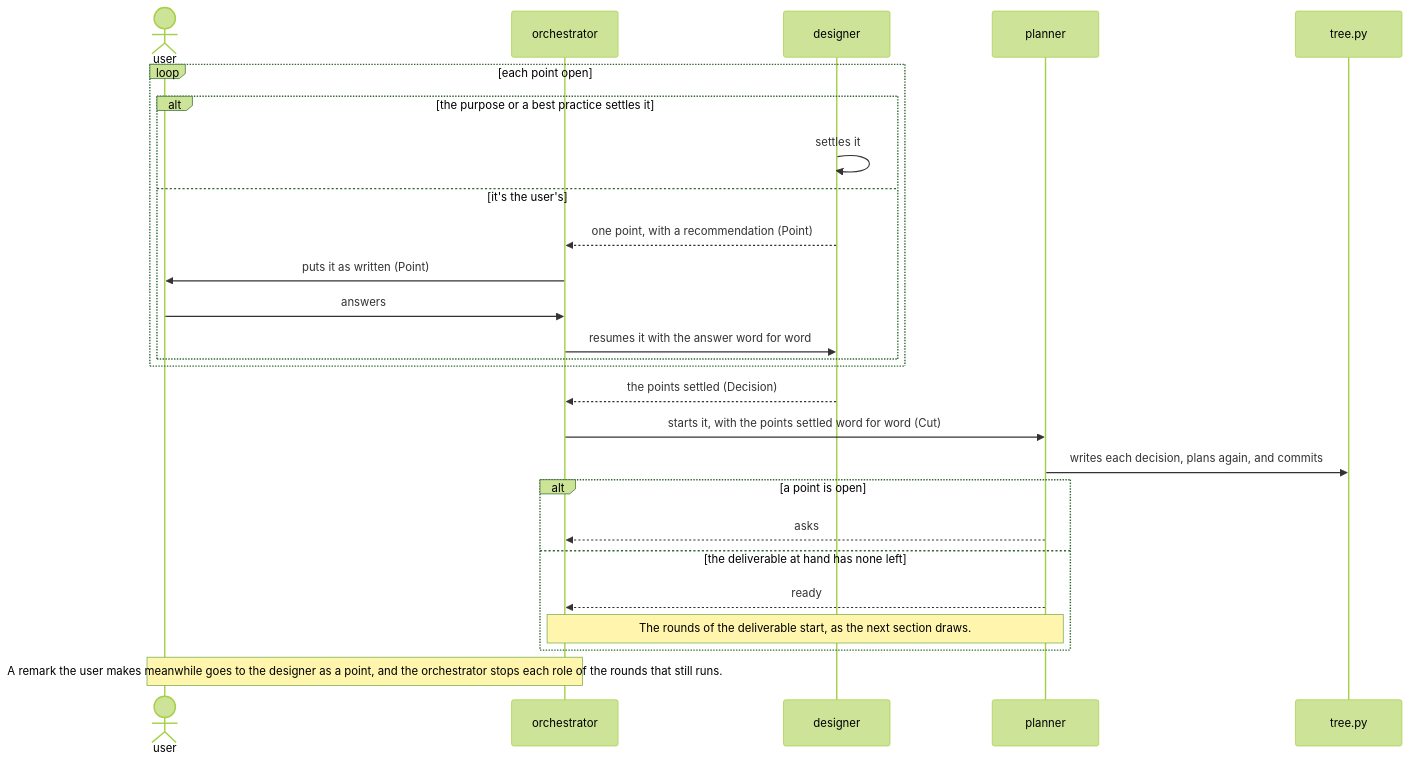
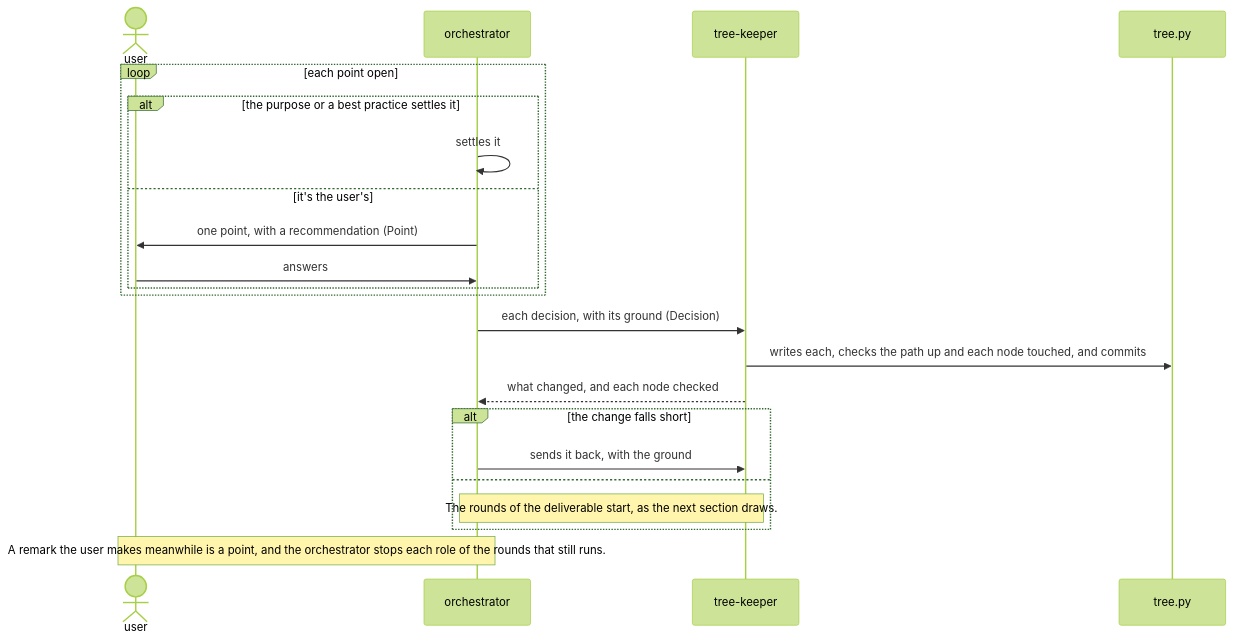
The second of 5 diagrams in dev/rn/architecture.md (lovaizu/ccpm), drawn with Mermaid (forest theme) before and after one commit. The commit also changed other lines of this file and 5 other files, not shown here.

````diff
--- a/dev/rn/architecture.md
+++ b/dev/rn/architecture.md
@@ -165,28 +174,24 @@
 ```mermaid
 sequenceDiagram
   actor U as user
   participant O as orchestrator
-  participant D as designer
-  participant P as planner
+  participant K as tree-keeper
   participant T as tree.py
   loop each point open
     alt the purpose or a best practice settles it
-      D->>D: settles it
+      O->>O: settles it
     else it's the user's
-      D-->>O: one point, with a recommendation (Point)
-      O->>U: puts it as written (Point)
+      O->>U: one point, with a recommendation (Point)
       U->>O: answers
-      O->>D: resumes it with the answer word for word
     end
   end
-  D-->>O: the points settled (Decision)
-  O->>P: starts it, with the points settled word for word (Cut)
-  P->>T: writes each decision, plans again, and commits
-  alt a point is open
-    P-->>O: asks
-  else the deliverable at hand has none left
-    P-->>O: ready
-    Note over O,P: The rounds of the deliverable start, as the next section draws.
+  O->>K: each decision, with its ground (Decision)
+  K->>T: writes each, checks the path up and each node touched, and commits
+  K-->>O: what changed, and each node checked
+  alt the change falls short
+    O->>K: sends it back, with the ground
+  else
+    Note over O,K: The rounds of the deliverable start, as the next section draws.
   end
-  Note over U,O: A remark the user makes meanwhile goes to the designer as a point, and the orchestrator stops each role of the rounds that still runs.
+  Note over U,O: A remark the user makes meanwhile is a point, and the orchestrator stops each role of the rounds that still runs.
 ```
````
